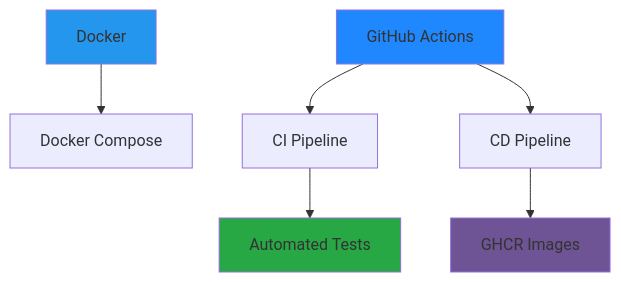
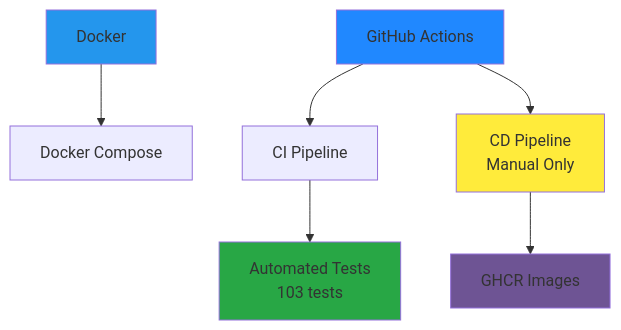
Before and after one commit to dvdduy/bookstore-graphql-mongo: diagram 11 of 11 in docs/ARCHITECTURE.md, drawn with Mermaid. The commit also changed other lines of this file and 6 other files, not shown here.

````diff
--- a/docs/ARCHITECTURE.md
+++ b/docs/ARCHITECTURE.md
@@ -451,13 +451,14 @@
 ```mermaid
 graph TB
     A[Docker] --> B[Docker Compose]
     C[GitHub Actions] --> D[CI Pipeline]
-    C --> E[CD Pipeline]
-    D --> F[Automated Tests]
+    C --> E[CD Pipeline<br/>Manual Only]
+    D --> F[Automated Tests<br/>103 tests]
     E --> G[GHCR Images]
     
     style A fill:#2496ed
     style C fill:#2088ff
     style F fill:#28a745
     style G fill:#6e5494
+    style E fill:#ffeb3b
 ```
````
